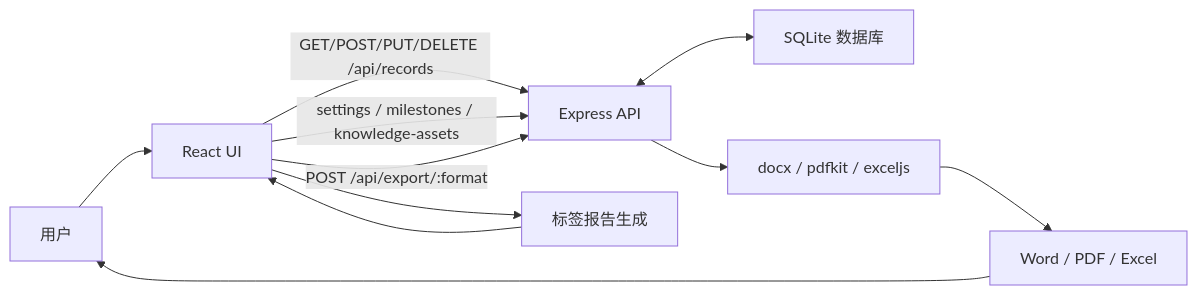
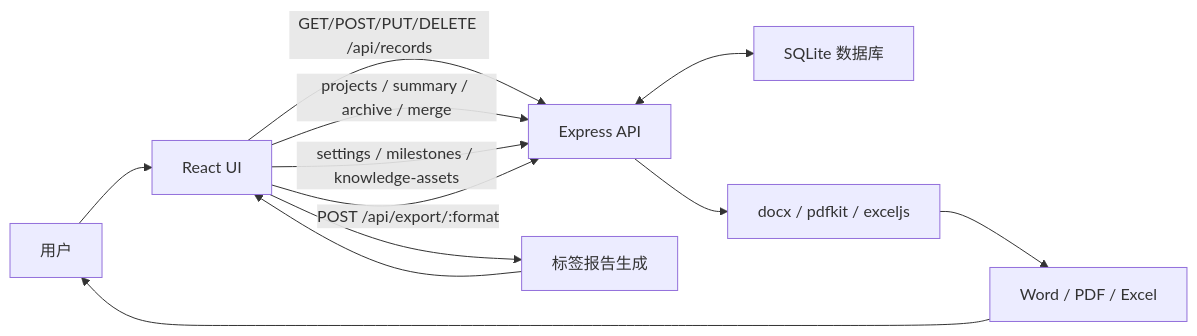
The diagram in PROJECT_ARCHITECTURE.md (smile-yc/Trace), drawn with Mermaid before and after one commit. The commit also changed other lines of this file and 6 other files, not shown here.

````diff
--- a/PROJECT_ARCHITECTURE.md
+++ b/PROJECT_ARCHITECTURE.md
@@ -95,21 +100,22 @@
 ```mermaid
 flowchart LR
   User["用户"]
   UI["React UI"]
   API["Express API"]
   DB["SQLite 数据库"]
   Report["标签报告生成"]
   Exporters["docx / pdfkit / exceljs"]
   Files["Word / PDF / Excel"]
 
   User --> UI
   UI -->|GET/POST/PUT/DELETE /api/records| API
+  UI -->|projects / summary / archive / merge| API
   UI -->|settings / milestones / knowledge-assets| API
   API <--> DB
   UI --> Report
   Report --> UI
   UI -->|POST /api/export/:format| API
   API --> Exporters
   Exporters --> Files
   Files --> User
 ```
````
